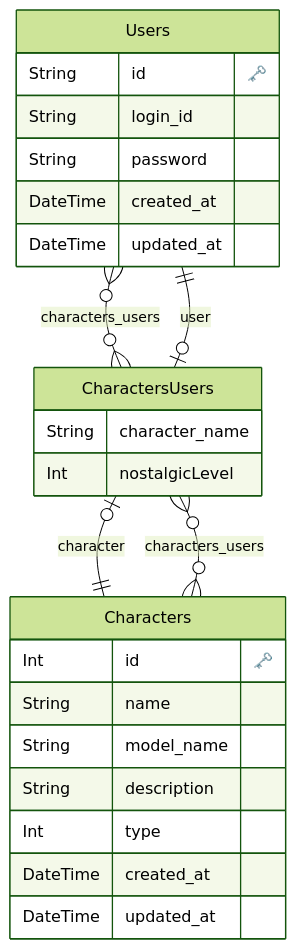
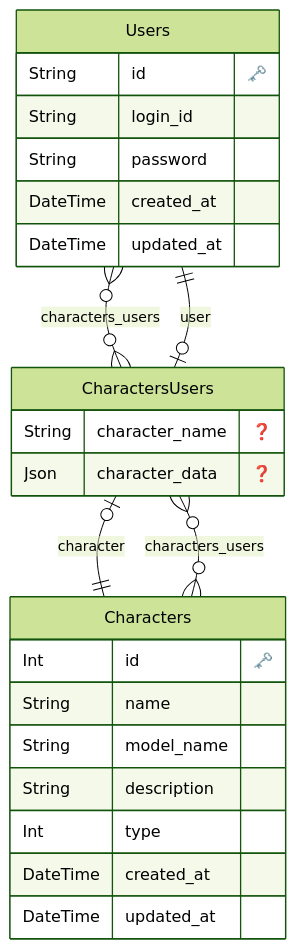
One commit to hal2024HOLO-ME/holome-backend changed the diagram in prisma/erd.md. Above: the diagram before and after it, drawn with Mermaid (forest theme). The commit also changed 2 other files, not shown here.

Commit message:
DB関連

````diff
--- a/prisma/erd.md
+++ b/prisma/erd.md
@@ -1,33 +1,33 @@
 ```mermaid
 erDiagram
 
   "Users" {
     String id "🗝️"
     String login_id 
     String password 
     DateTime created_at 
     DateTime updated_at 
     }
   
 
   "Characters" {
     Int id "🗝️"
     String name 
     String model_name 
     String description 
     Int type 
     DateTime created_at 
     DateTime updated_at 
     }
   
 
   "CharactersUsers" {
-    String character_name 
-    Int nostalgicLevel 
+    String character_name "❓"
+    Json character_data "❓"
     }
   
     "Users" o{--}o "CharactersUsers" : "characters_users"
     "Characters" o{--}o "CharactersUsers" : "characters_users"
+    "CharactersUsers" o|--|| "Characters" : "character"
     "CharactersUsers" o|--|| "Users" : "user"
-    "CharactersUsers" o|--|| "Characters" : "character"
 ```
````
